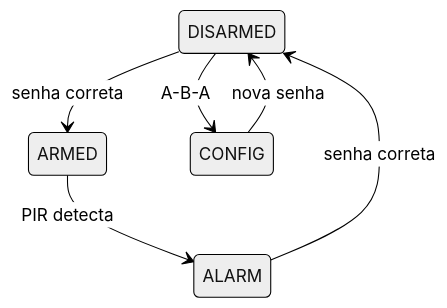
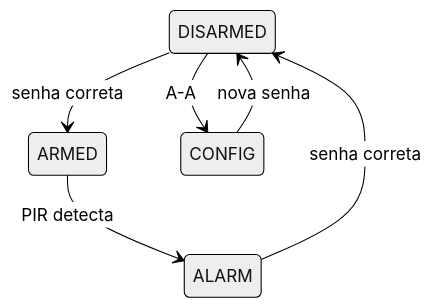
One commit to murilo-rolo/Trabalho3MicMic changed the diagram in README.md. Above: the diagram before and after it, drawn with Mermaid (neutral theme). The commit also changed other lines of this file and 17 other files, not shown here.

````diff
--- a/README.md
+++ b/README.md
@@ -49,8 +51,8 @@
 ```mermaid
 stateDiagram-v2
     DISARMED --> ARMED : senha correta
     ARMED --> ALARM : PIR detecta
     ALARM --> DISARMED : senha correta
-    DISARMED --> CONFIG : A-B-A
+    DISARMED --> CONFIG : A-A
     CONFIG --> DISARMED : nova senha
 ```
````
